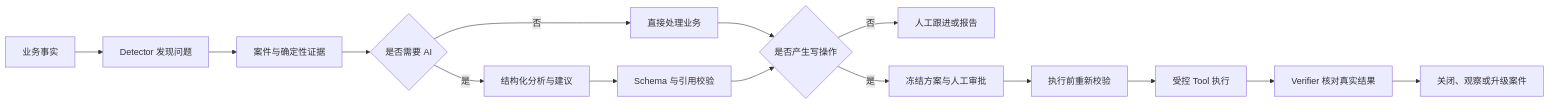
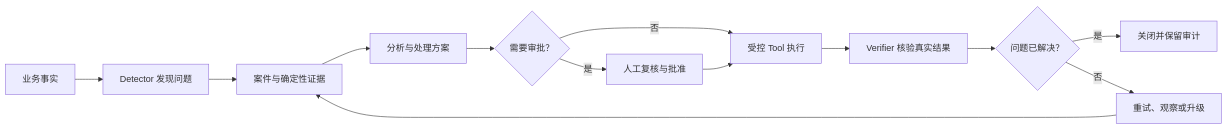
The diagram in README.md (Zoe-Well/ShuttleCube), drawn with Mermaid before and after one commit. The commit also changed other lines of this file and 2 other files, not shown here.

````diff
--- a/README.md
+++ b/README.md
@@ -45,17 +60,15 @@
 ```mermaid
 flowchart LR
     A["业务事实"] --> B["Detector 发现问题"]
     B --> C["案件与确定性证据"]
-    C --> D{"是否需要 AI"}
-    D -->|否| E["直接处理业务"]
-    D -->|是| F["结构化分析与建议"]
-    F --> G["Schema 与引用校验"]
-    E --> H{"是否产生写操作"}
-    G --> H
-    H -->|否| I["人工跟进或报告"]
-    H -->|是| J["冻结方案与人工审批"]
-    J --> K["执行前重新校验"]
-    K --> L["受控 Tool 执行"]
-    L --> M["Verifier 核对真实结果"]
-    M --> N["关闭、观察或升级案件"]
+    C --> D["分析与处理方案"]
+    D --> E{"需要审批？"}
+    E -->|否| F["受控 Tool 执行"]
+    E -->|是| G["人工复核与批准"]
+    G --> F
+    F --> H["Verifier 核验真实结果"]
+    H --> I{"问题已解决？"}
+    I -->|是| J["关闭并保留审计"]
+    I -->|否| K["重试、观察或升级"]
+    K --> C
 ```
````
